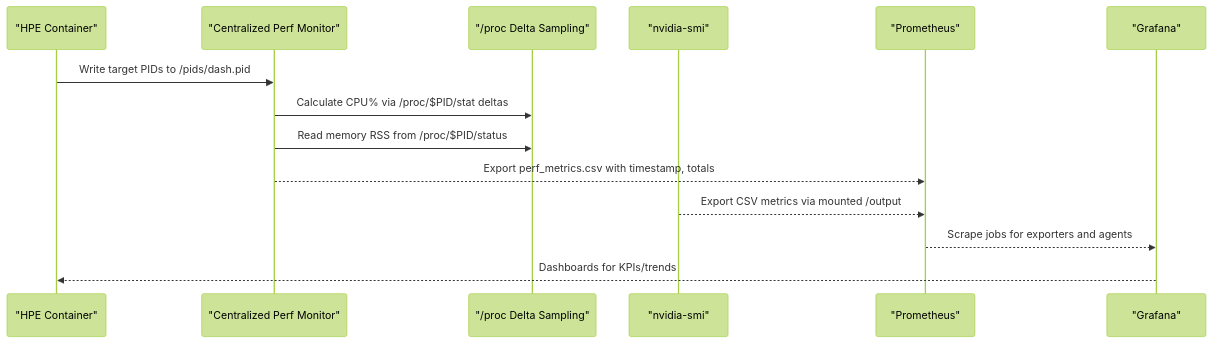
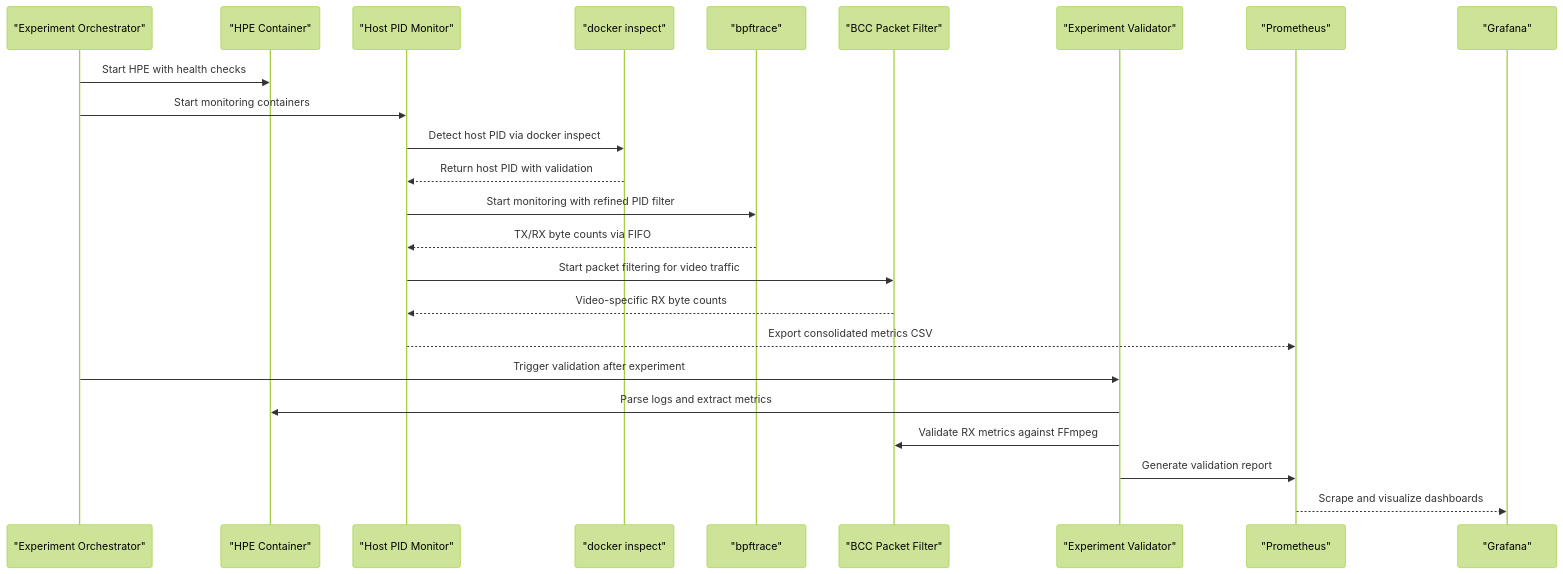
The second of 14 diagrams in .qoder/repowiki/en/content/Monitoring and Analytics/Performance Monitoring.md (Fogus-Gr/MeasurementsDTs), drawn with Mermaid (forest theme) before and after one commit. The commit also changed other lines of this file and 11 other files, not shown here.

````diff
--- a/.qoder/repowiki/en/content/Monitoring and Analytics/Performance Monitoring.md
+++ b/.qoder/repowiki/en/content/Monitoring and Analytics/Performance Monitoring.md
@@ -124,16 +171,26 @@
 ```mermaid
 sequenceDiagram
+participant EndToEnd as "Experiment Orchestrator"
 participant HPE as "HPE Container"
-participant Shared as "Centralized Perf Monitor"
-participant Proc as "/proc Delta Sampling"
-participant NSMI as "nvidia-smi"
+participant HostMon as "Host PID Monitor"
+participant DockerIns as "docker inspect"
+participant BPFTrace as "bpftrace"
+participant BCC as "BCC Packet Filter"
+participant Validator as "Experiment Validator"
 participant Prom as "Prometheus"
 participant Graf as "Grafana"
-HPE->>Shared : Write target PIDs to /pids/dash.pid
-Shared->>Proc : Calculate CPU% via /proc/$PID/stat deltas
-Shared->>Proc : Read memory RSS from /proc/$PID/status
-Shared-->>Prom : Export perf_metrics.csv with timestamp, totals
-NSMI-->>Prom : Export CSV metrics via mounted /output
-Prom-->>Graf : Scrape jobs for exporters and agents
-Graf-->>HPE : Dashboards for KPIs/trends
+EndToEnd->>HPE : Start HPE with health checks
+EndToEnd->>HostMon : Start monitoring containers
+HostMon->>DockerIns : Detect host PID via docker inspect
+DockerIns-->>HostMon : Return host PID with validation
+HostMon->>BPFTrace : Start monitoring with refined PID filter
+BPFTrace-->>HostMon : TX/RX byte counts via FIFO
+HostMon->>BCC : Start packet filtering for video traffic
+BCC-->>HostMon : Video-specific RX byte counts
+HostMon-->>Prom : Export consolidated metrics CSV
+EndToEnd->>Validator : Trigger validation after experiment
+Validator->>HPE : Parse logs and extract metrics
+Validator->>BCC : Validate RX metrics against FFmpeg
+Validator->>Prom : Generate validation report
+Prom-->>Graf : Scrape and visualize dashboards
 ```
````
